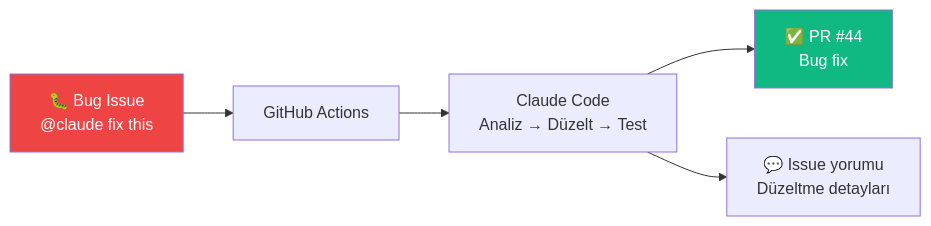
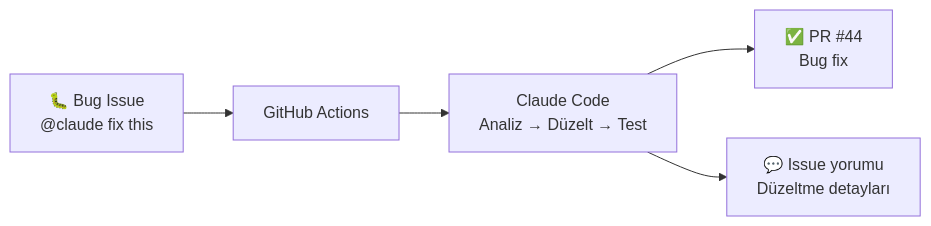
The fifth of 5 diagrams in 16-cicd-ve-devops/01-github-actions.md (IzzetYasinAtes/ClaudeCodeHandbook), drawn with Mermaid before and after one commit. The commit also changed other lines of this file and 97 other files, not shown here.

Commit message:
Remove all custom Mermaid style/fill colors from 98 markdown files for consistent dark theme rendering

````diff
--- a/16-cicd-ve-devops/01-github-actions.md
+++ b/16-cicd-ve-devops/01-github-actions.md
@@ -378,11 +370,9 @@
 ```mermaid
 flowchart LR
     BUG["🐛 Bug Issue<br/>@claude fix this"]
     BUG --> GA["GitHub Actions"]
     GA --> CC["Claude Code<br/>Analiz → Düzelt → Test"]
     CC --> PR["✅ PR #44<br/>Bug fix"]
     CC --> CMT["💬 Issue yorumu<br/>Düzeltme detayları"]
 
-    style BUG fill:#EF4444,color:#fff
-    style PR fill:#10B981,color:#fff
 ```
````
